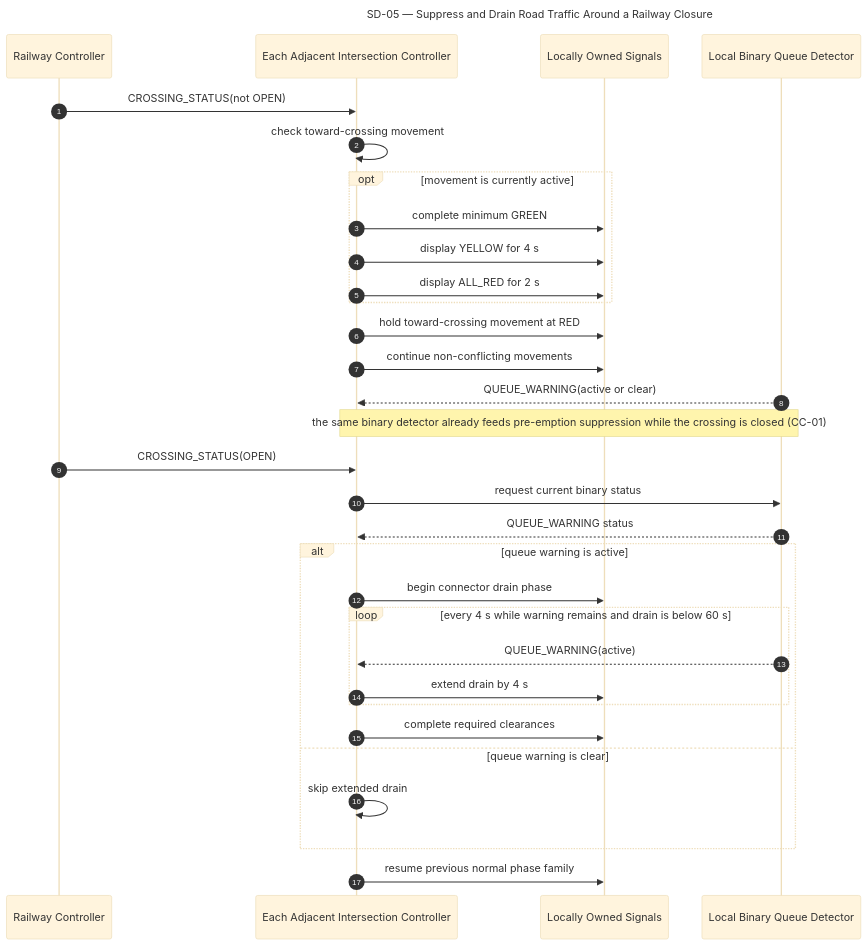
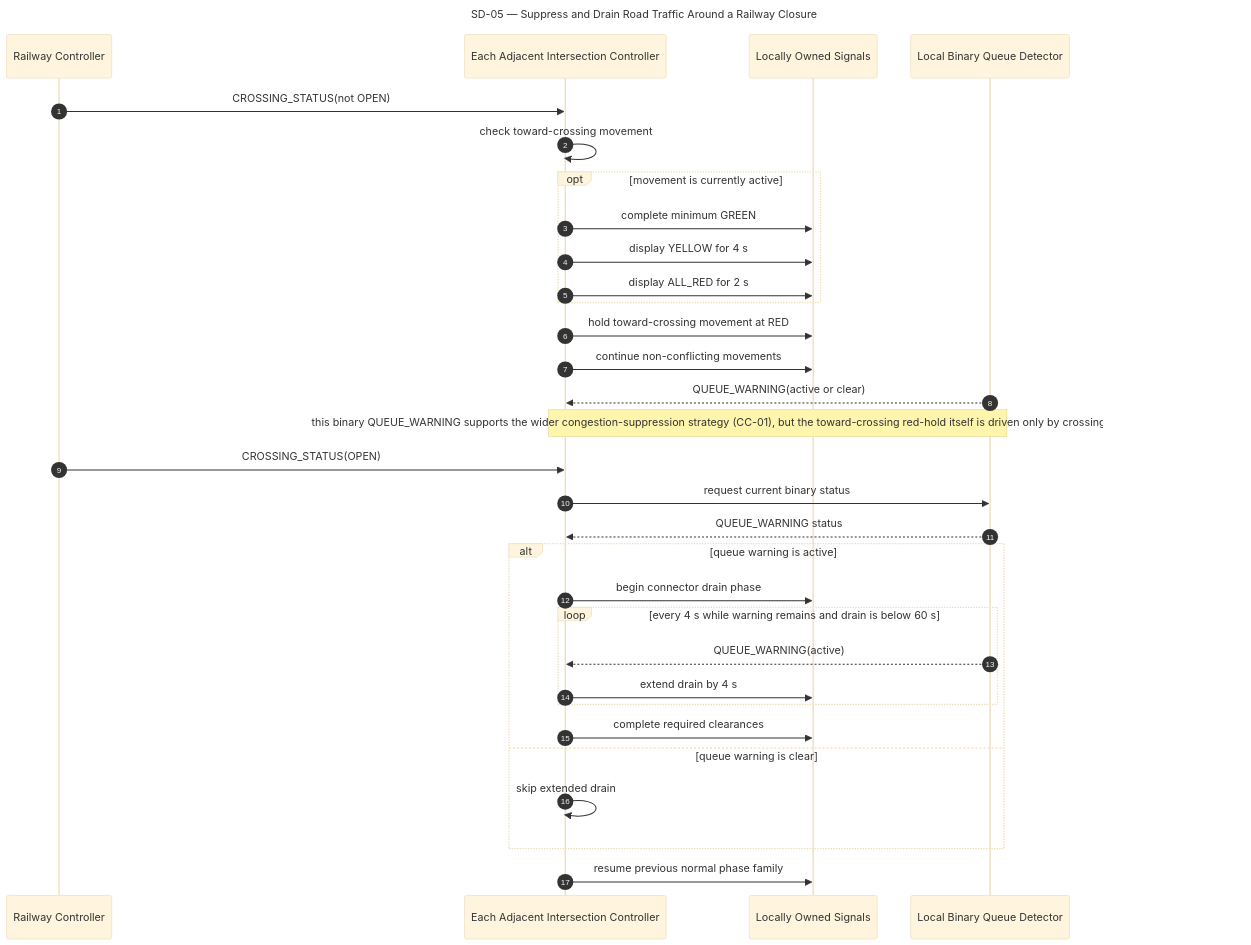
One commit to lucietran03/traffic-control-system changed the fifth of 8 diagrams in SEQUENCE_DIAGRAMS.md. Above: the diagram before and after it, drawn with Mermaid (base theme). The commit also changed other lines of this file and 2 other files, not shown here.

````diff
--- a/SEQUENCE_DIAGRAMS.md
+++ b/SEQUENCE_DIAGRAMS.md
@@ -254,45 +254,45 @@
 ```mermaid
 ---
 title: SD-05 — Suppress and Drain Road Traffic Around a Railway Closure
 ---
 sequenceDiagram
     accTitle: SD-05 Suppress and Drain Road Traffic Around a Railway Closure
     accDescr: Each adjacent intersection controller suppresses its toward-crossing movement and independently performs a bounded queue-drain phase after reopening.
     autonumber
 
     participant RLx as Railway Controller
     participant Lx as Each Adjacent Intersection Controller
     participant Sig as Locally Owned Signals
     participant Q as Local Binary Queue Detector
 
     RLx->>Lx: CROSSING_STATUS(not OPEN)
     Lx->>Lx: check toward-crossing movement
 
     opt movement is currently active
         Lx->>Sig: complete minimum GREEN
         Lx->>Sig: display YELLOW for 4 s
         Lx->>Sig: display ALL_RED for 2 s
     end
 
     Lx->>Sig: hold toward-crossing movement at RED
     Lx->>Sig: continue non-conflicting movements
     Q-->>Lx: QUEUE_WARNING(active or clear)
-    Note over Q,Lx: the same binary detector already feeds pre-emption suppression while the crossing is closed (CC-01)
+    Note over Q,Lx: this binary QUEUE_WARNING supports the wider congestion-suppression strategy (CC-01), but the toward-crossing red-hold itself is driven only by crossing status, not by this detector
 
     RLx->>Lx: CROSSING_STATUS(OPEN)
     Lx->>Q: request current binary status
     Q-->>Lx: QUEUE_WARNING status
 
     alt queue warning is active
         Lx->>Sig: begin connector drain phase
         loop every 4 s while warning remains and drain is below 60 s
             Q-->>Lx: QUEUE_WARNING(active)
             Lx->>Sig: extend drain by 4 s
         end
         Lx->>Sig: complete required clearances
     else queue warning is clear
         Lx->>Lx: skip extended drain
     end
 
     Lx->>Sig: resume previous normal phase family
 ```
````
